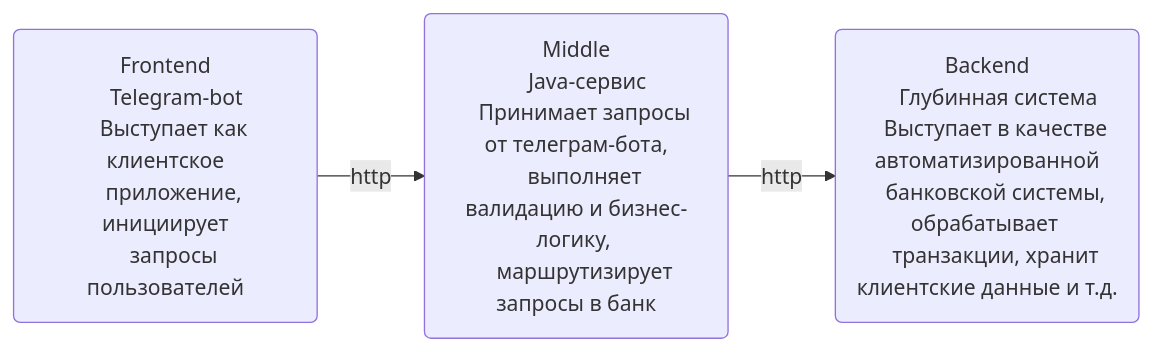
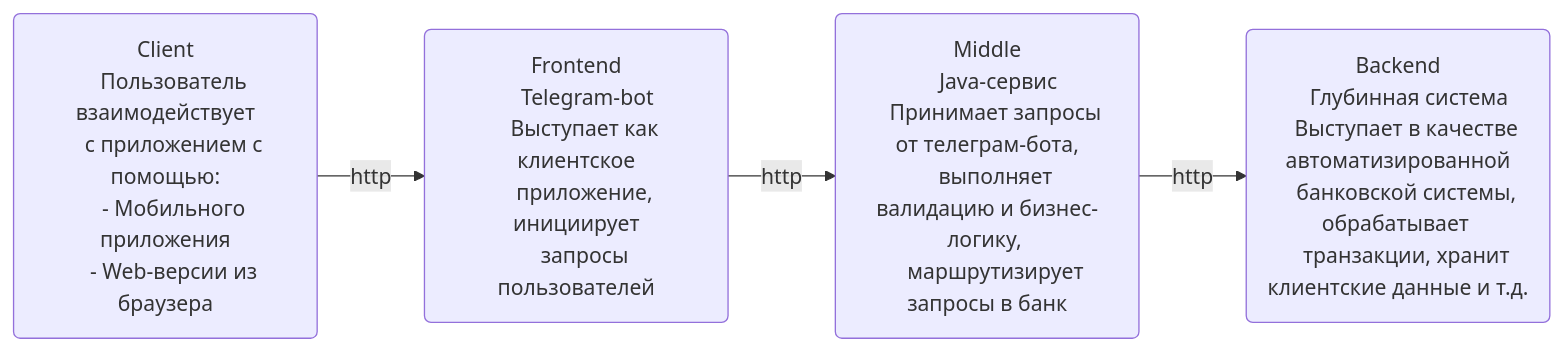
Before and after one commit to gpb-it-factory/bryanin-telegram-bot: the diagram in README.md, drawn with Mermaid.

Commit message:
внесены правки в README согласно замечаниям (#4)

````diff
--- a/README.md
+++ b/README.md
@@ -32,24 +32,31 @@
 ```mermaid
 flowchart LR
+
+    Client("Client
+    Пользователь взаимодействует
+    с приложением с помощью:
+    - Мобильного приложения
+    - Web-версии из браузера
+    ")
 
     Frontend("Frontend
     Telegram-bot
     Выступает как клиентское
     приложение, инициирует
     запросы пользователей")
     
     Middle("Middle
     Java-сервис
     Принимает запросы от телеграм-бота,
     выполняет валидацию и бизнес-логику, 
     маршрутизирует запросы в банк")
     
     Backend("Backend
     Глубинная система
     Выступает в качестве автоматизированной
     банковской системы, обрабатывает 
     транзакции, хранит клиентские данные и т.д.")
     
-    Frontend -- http --> Middle -- http -->  Backend 
+    Client -- http --> Frontend -- http --> Middle -- http -->  Backend 
     
 ```
````
